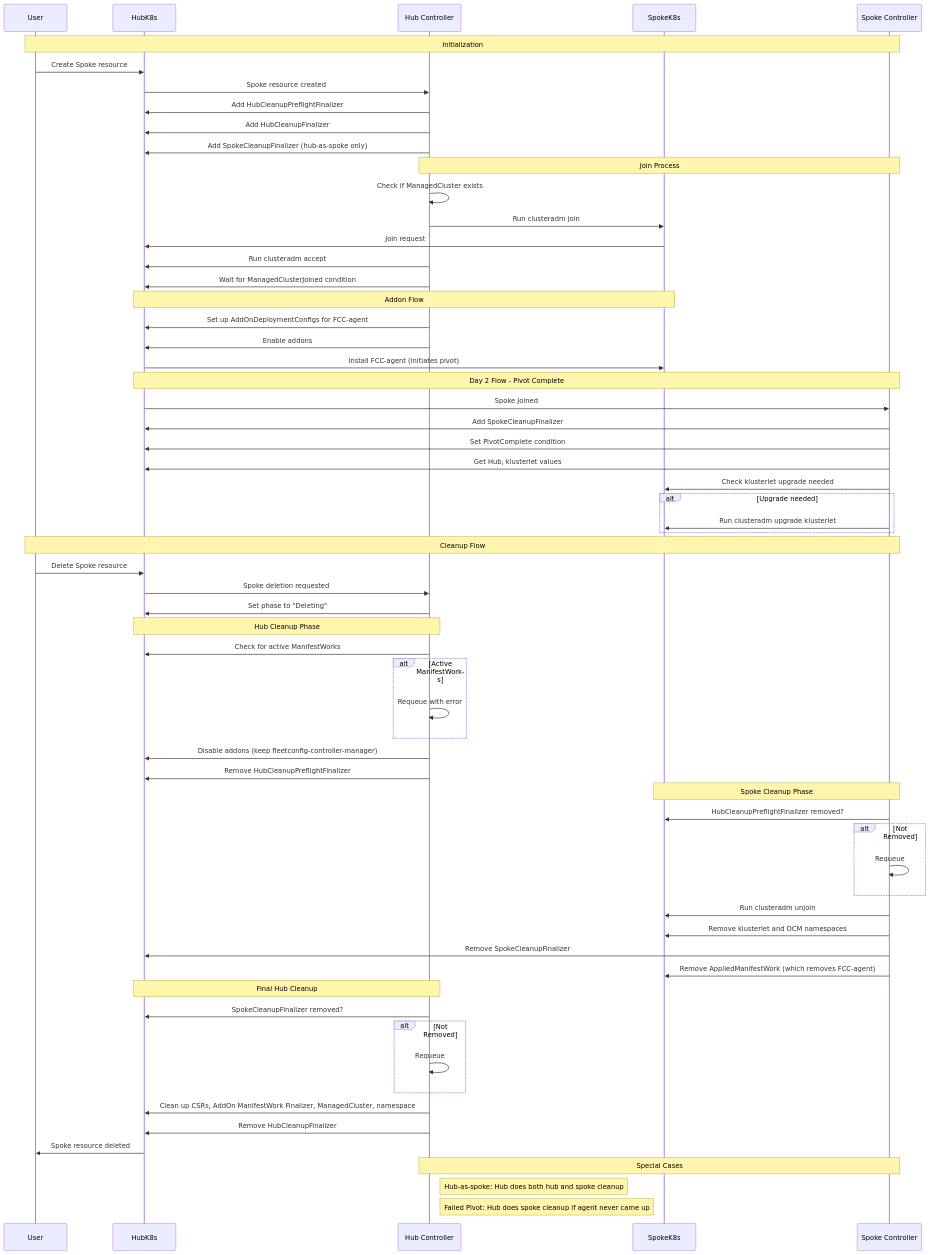
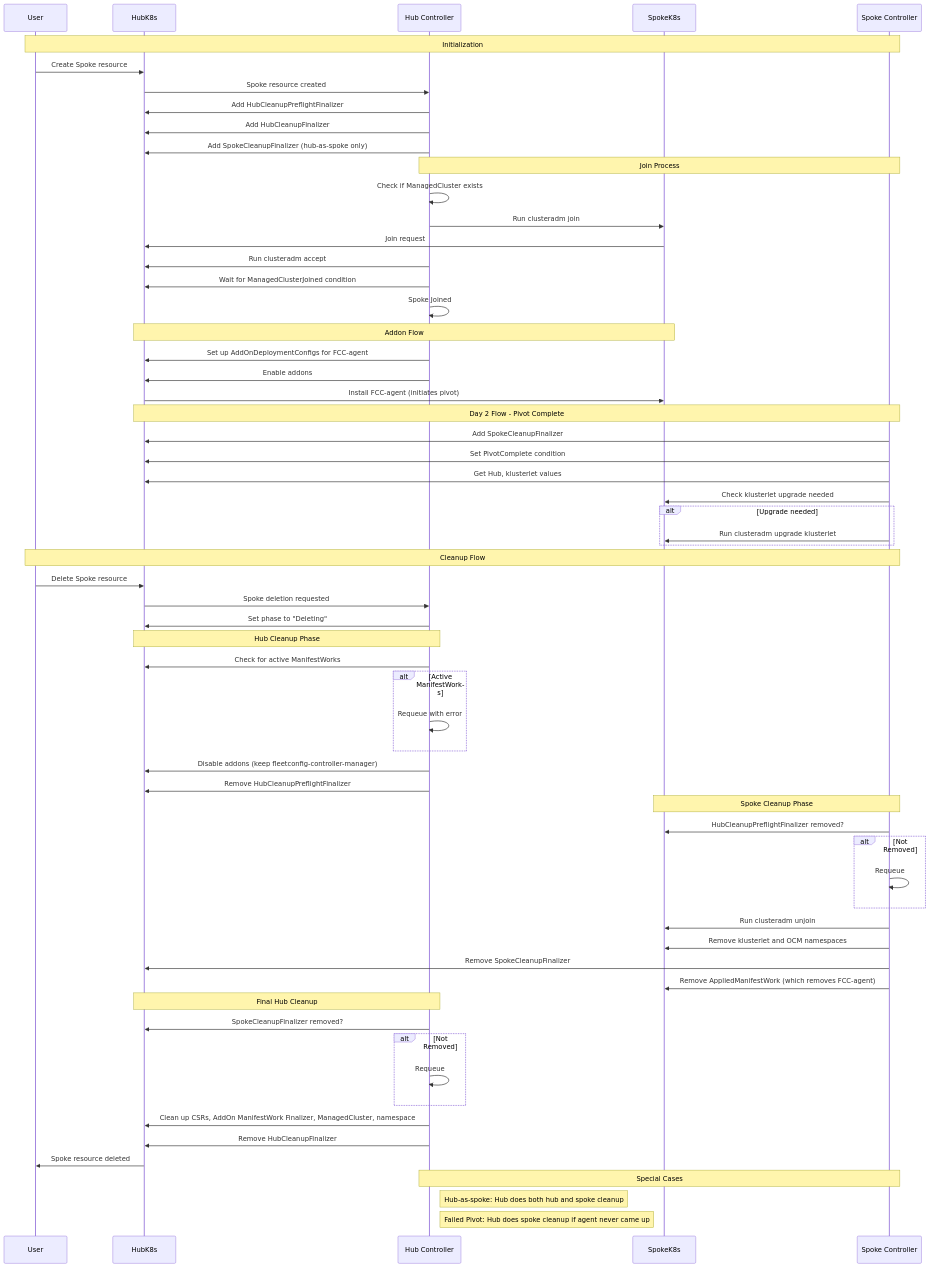
The diagram in fleetconfig-controller/docs/2-phase-spoke-reconcile.md (open-cluster-management-io/lab), drawn with Mermaid before and after one commit. The commit also changed 1 other file, not shown here.

````diff
--- a/fleetconfig-controller/docs/2-phase-spoke-reconcile.md
+++ b/fleetconfig-controller/docs/2-phase-spoke-reconcile.md
@@ -82,77 +82,77 @@
 ```mermaid
 sequenceDiagram
     participant User
     participant HubK8s
     participant HubController as Hub Controller
     participant SpokeK8s
     participant SpokeController as Spoke Controller
 
     Note over User, SpokeController: Initialization
 
     User->>HubK8s: Create Spoke resource
     HubK8s->>HubController: Spoke resource created
     HubController->>HubK8s: Add HubCleanupPreflightFinalizer
     HubController->>HubK8s: Add HubCleanupFinalizer
     HubController->>HubK8s: Add SpokeCleanupFinalizer (hub-as-spoke only)
     
 
     Note over HubController, SpokeController: Join Process
     HubController->>HubController: Check if ManagedCluster exists
     HubController->>SpokeK8s: Run clusteradm join
     SpokeK8s->>HubK8s: Join request
     HubController->>HubK8s: Run clusteradm accept
     HubController->>HubK8s: Wait for ManagedClusterJoined condition
+    HubController->>HubController: Spoke Joined
 
     Note over HubK8s, SpokeK8s: Addon Flow
     HubController->>HubK8s: Set up AddOnDeploymentConfigs for FCC-agent
     HubController->>HubK8s: Enable addons
     HubK8s->>SpokeK8s: Install FCC-agent (initiates pivot)
 
     Note over HubK8s, SpokeController: Day 2 Flow - Pivot Complete
-    HubK8s->>SpokeController: Spoke Joined
     SpokeController->>HubK8s: Add SpokeCleanupFinalizer
     SpokeController->>HubK8s: Set PivotComplete condition
     SpokeController->>HubK8s: Get Hub, klusterlet values
     SpokeController->>SpokeK8s: Check klusterlet upgrade needed
     alt Upgrade needed
         SpokeController->>SpokeK8s: Run clusteradm upgrade klusterlet
     end
 
     Note over User, SpokeController: Cleanup Flow
 
     User->>HubK8s: Delete Spoke resource
     HubK8s->>HubController: Spoke deletion requested
     HubController->>HubK8s: Set phase to "Deleting"
 
     Note over HubK8s, HubController: Hub Cleanup Phase
     HubController->>HubK8s: Check for active ManifestWorks
     alt Active ManifestWorks
         HubController->>HubController: Requeue with error
     end
     HubController->>HubK8s: Disable addons (keep fleetconfig-controller-manager)
     HubController->>HubK8s: Remove HubCleanupPreflightFinalizer
     
     Note over SpokeK8s, SpokeController: Spoke Cleanup Phase
     SpokeController->>SpokeK8s: HubCleanupPreflightFinalizer removed?
     alt Not Removed
         SpokeController->>SpokeController: Requeue
     end
     SpokeController->>SpokeK8s: Run clusteradm unjoin
     SpokeController->>SpokeK8s: Remove klusterlet and OCM namespaces
     SpokeController->>HubK8s: Remove SpokeCleanupFinalizer
     SpokeController->>SpokeK8s: Remove AppliedManifestWork (which removes FCC-agent)
 
     Note over HubK8s, HubController: Final Hub Cleanup
     HubController->>HubK8s: SpokeCleanupFinalizer removed?
     alt Not Removed
         HubController->>HubController: Requeue
     end
     HubController->>HubK8s: Clean up CSRs, AddOn ManifestWork Finalizer, ManagedCluster, namespace
     HubController->>HubK8s: Remove HubCleanupFinalizer
     
     HubK8s->>User: Spoke resource deleted
 
     Note over HubController, SpokeController: Special Cases
     Note right of HubController: Hub-as-spoke: Hub does both hub and spoke cleanup
     Note right of HubController: Failed Pivot: Hub does spoke cleanup if agent never came up
 ```
````
